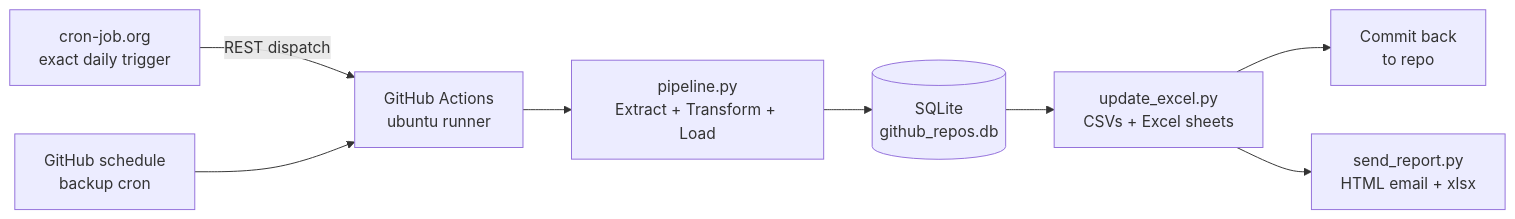
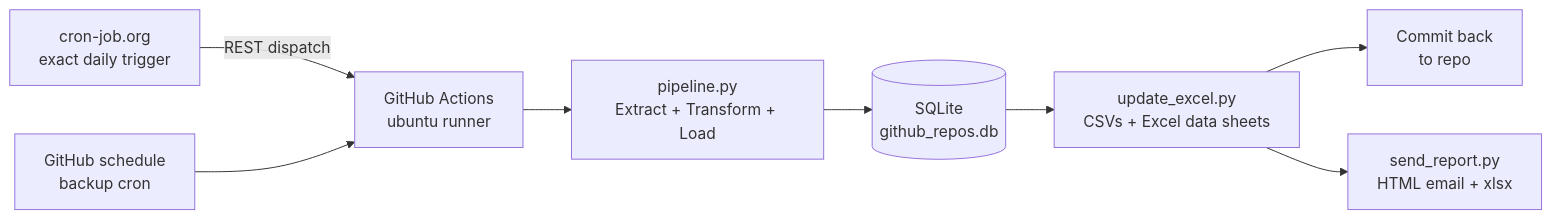
One commit to DishantBhere/GitHub-ETL-Engine-V2 changed the diagram in README.md. Above: the diagram before and after it, drawn with Mermaid. The commit also changed other lines of this file and 7 other files, not shown here.

````diff
--- a/README.md
+++ b/README.md
@@ -39,10 +94,10 @@
 ```mermaid
 flowchart LR
     A[cron-job.org<br/>exact daily trigger] -->|REST dispatch| C
     B[GitHub schedule<br/>backup cron] --> C
     C[GitHub Actions<br/>ubuntu runner] --> D[pipeline.py<br/>Extract + Transform + Load]
     D --> E[(SQLite<br/>github_repos.db)]
-    E --> F[update_excel.py<br/>CSVs + Excel sheets]
+    E --> F[update_excel.py<br/>CSVs + Excel data sheets]
     F --> G[Commit back<br/>to repo]
     F --> H[send_report.py<br/>HTML email + xlsx]
 ```
````
